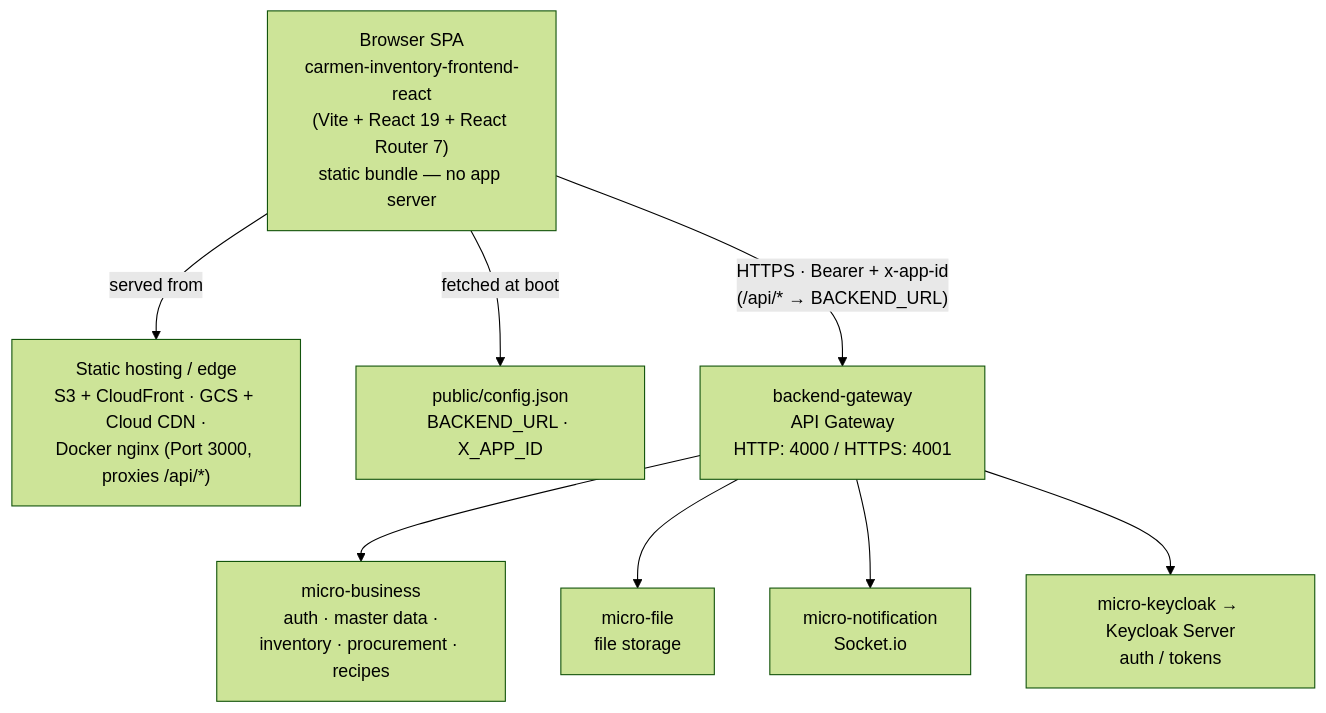
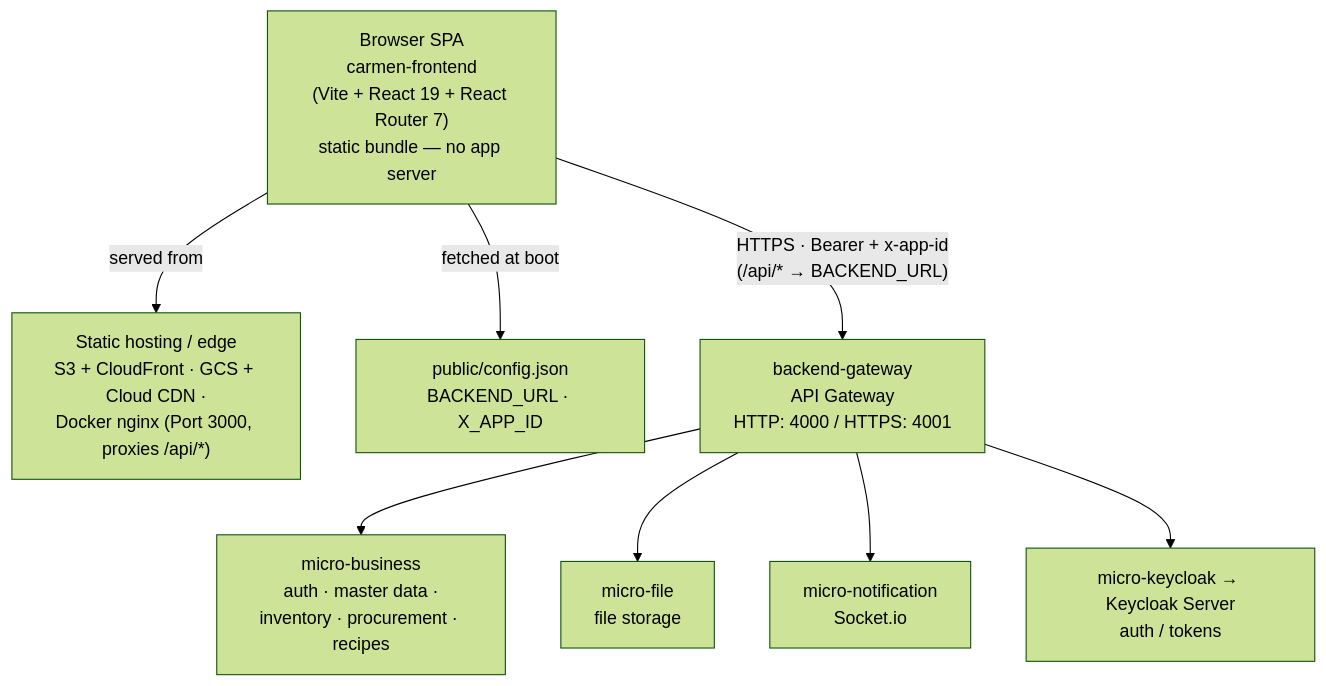
One commit to CarmenSoftware-organization/carmen-frontend changed the diagram in docs/architecture.md. Above: the diagram before and after it, drawn with Mermaid (forest theme). The commit also changed other lines of this file and 35 other files, not shown here.

````diff
--- a/docs/architecture.md
+++ b/docs/architecture.md
@@ -19,19 +19,19 @@
 ```mermaid
 flowchart TD
-    Browser["Browser SPA\ncarmen-inventory-frontend-react\n(Vite + React 19 + React Router 7)\nstatic bundle — no app server"]
+    Browser["Browser SPA\ncarmen-frontend\n(Vite + React 19 + React Router 7)\nstatic bundle — no app server"]
     Edge["Static hosting / edge\nS3 + CloudFront · GCS + Cloud CDN ·\nDocker nginx (Port 3000, proxies /api/*)"]
     Config["public/config.json\nBACKEND_URL · X_APP_ID"]
     Gateway["backend-gateway\nAPI Gateway\nHTTP: 4000 / HTTPS: 4001"]
     Business["micro-business\nauth · master data ·\ninventory · procurement · recipes"]
     FileSvc["micro-file\nfile storage"]
     Notify["micro-notification\nSocket.io"]
     Keycloak["micro-keycloak → Keycloak Server\nauth / tokens"]
 
     Browser -->|"served from"| Edge
     Browser -->|"fetched at boot"| Config
     Browser -->|"HTTPS · Bearer + x-app-id\n(/api/* → BACKEND_URL)"| Gateway
     Gateway --> Business
     Gateway --> FileSvc
     Gateway --> Notify
     Gateway --> Keycloak
 ```
````
